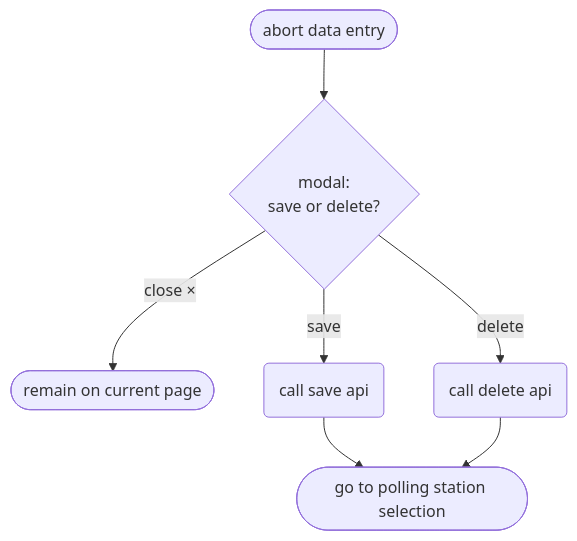
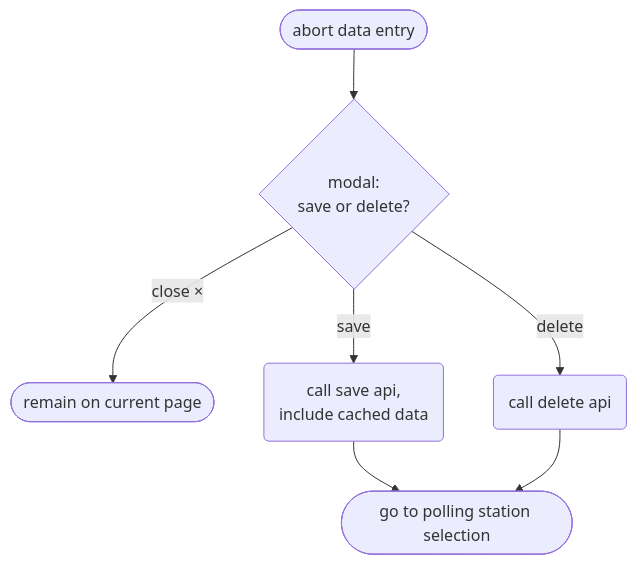
The fifth of 5 diagrams in documentatie/flowcharts/data-entry-forms.md (kiesraad/abacus), drawn with Mermaid before and after one commit. The commit also changed other lines of this file and 3 other files, not shown here.

Commit message:
Save cached input when clicking save in modal (#566)

````diff
--- a/documentatie/flowcharts/data-entry-forms.md
+++ b/documentatie/flowcharts/data-entry-forms.md
@@ -215,22 +216,22 @@
 ```mermaid
 flowchart TD
     %% start
     flow-start([abort data entry])
     
     %% end
     go-to-page([go to polling station selection])
     remain-on-page([remain on current page])
 
     %% steps
-    modal{"modal: \n save or delete?"}
-    call-save-api(call save api)
+    modal{"modal: <br/> save or delete?"}
+    call-save-api(call save api, <br/> include cached data)
     call-delete-api(call delete api)
 
     %% flow
     flow-start --> modal
     modal -- save --> call-save-api
     modal -- delete --> call-delete-api
     modal -- close × --> remain-on-page
     call-save-api --> go-to-page
     call-delete-api --> go-to-page
 ```
````
